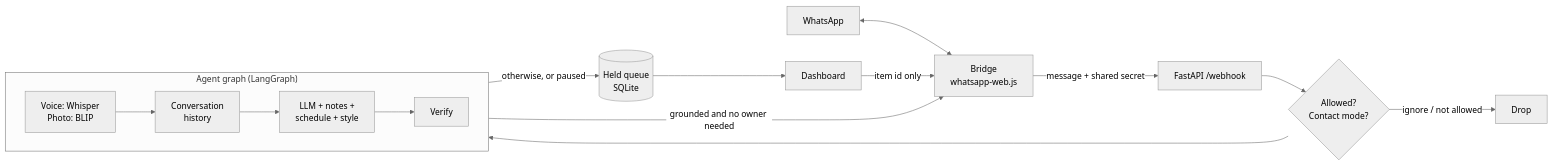
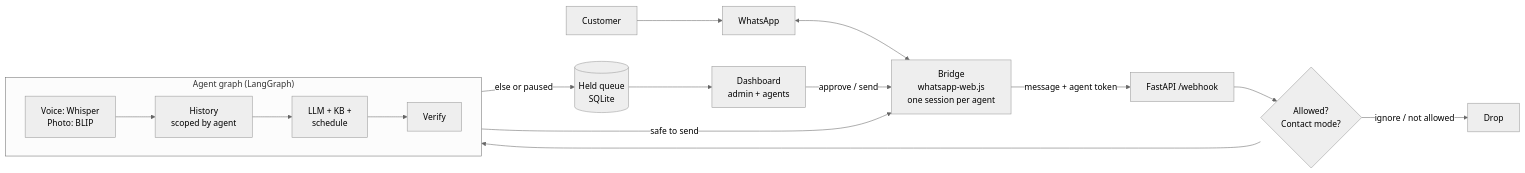
Before and after one commit to mismailswe/Whatsapp-AI-Assistant-Agent: the diagram in README.md, drawn with Mermaid (neutral theme). The commit also changed other lines of this file, not shown here.

Commit message:
Initial commit: WhatsApp AI Assistant Agent

````diff
--- a/README.md
+++ b/README.md
@@ -71,16 +92,17 @@
 ```mermaid
 flowchart LR
-    W[WhatsApp] <--> B["Bridge<br/>whatsapp-web.js"]
-    B -- "message + shared secret" --> A["FastAPI /webhook"]
-    A --> C{"Allowed?<br/>Contact mode?"}
-    C -- "ignore / not allowed" --> X[Drop]
-    C --> G
-    subgraph G["Agent graph (LangGraph)"]
+    C[Customer] --> W[WhatsApp]
+    W <--> B["Bridge<br/>whatsapp-web.js<br/>one session per agent"]
+    B -- "message + agent token" --> A["FastAPI /webhook"]
+    A --> G{"Allowed?<br/>Contact mode?"}
+    G -- "ignore / not allowed" --> X[Drop]
+    G --> P
+    subgraph P["Agent graph (LangGraph)"]
         direction LR
-        S["Voice: Whisper<br/>Photo: BLIP"] --> H["Conversation<br/>history"] --> L["LLM + notes +<br/>schedule + style"] --> V["Verify"]
+        S["Voice: Whisper<br/>Photo: BLIP"] --> H["History<br/>scoped by agent"] --> L["LLM + KB +<br/>schedule"] --> V["Verify"]
     end
-    V -- "grounded and no owner needed" --> B
-    V -- "otherwise, or paused" --> Q[("Held queue<br/>SQLite")]
-    Q --> D["Dashboard"]
-    D -- "item id only" --> B
+    V -- "safe to send" --> B
+    V -- "else or paused" --> Q[("Held queue<br/>SQLite")]
+    Q --> D["Dashboard<br/>admin + agents"]
+    D -- "approve / send" --> B
 ```
````
